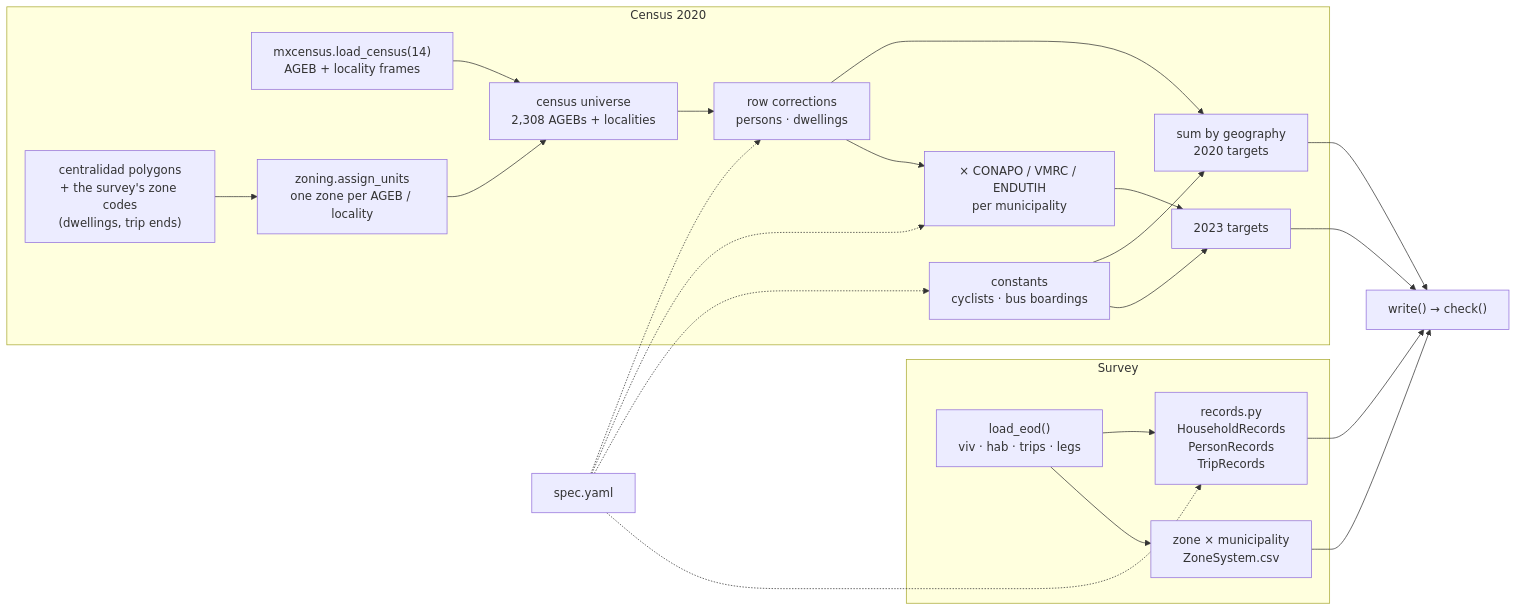
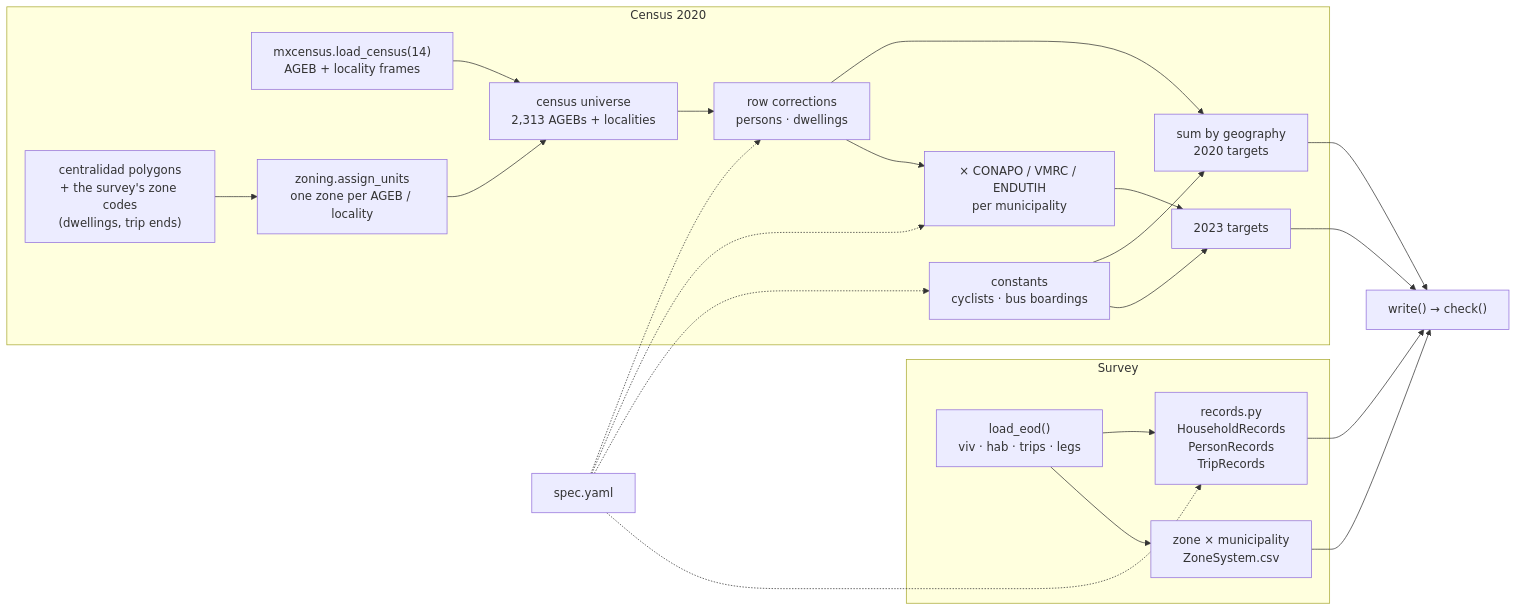
Before and after one commit to CentroFuturoCiudades/eodgdl: the diagram in reports/reweight_inputs.qmd, drawn with Mermaid. The commit also changed other lines of this file and 5 other files, not shown here.

First line of the commit message:
Zone system: a rural AGEB counts only its localities in its own zone

````diff
--- a/reports/reweight_inputs.qmd
+++ b/reports/reweight_inputs.qmd
@@ -157,19 +157,19 @@
 ```{mermaid}
 %%| label: fig-flow
 %%| fig-cap: "The build. Survey tables become records (left); census rows become targets (right). The spec is the only place any definition lives."
 flowchart LR
   subgraph survey [Survey]
     A["load_eod()<br/>viv · hab · trips · legs"] --> R["records.py<br/>HouseholdRecords<br/>PersonRecords<br/>TripRecords"]
     A --> Z["zone × municipality<br/>ZoneSystem.csv"]
   end
   subgraph census [Census 2020]
-    C["mxcensus.load_census(14)<br/>AGEB + locality frames"] --> U["census universe<br/>2,308 AGEBs + localities"]
+    C["mxcensus.load_census(14)<br/>AGEB + locality frames"] --> U["census universe<br/>2,313 AGEBs + localities"]
     X["centralidad polygons<br/>+ the survey's zone codes<br/>(dwellings, trip ends)"] --> Z2["zoning.assign_units<br/>one zone per AGEB / locality"] --> U
     U --> S["row corrections<br/>persons · dwellings"]
     S --> T20["sum by geography<br/>2020 targets"]
     S --> G["× CONAPO / VMRC / ENDUTIH<br/>per municipality"] --> T23["2023 targets"]
     K["constants<br/>cyclists · bus boardings"] --> T20 & T23
   end
   Y["spec.yaml"] -.-> R & S & G & K
   R & Z & T20 & T23 --> W["write() → check()"]
 ```
````
